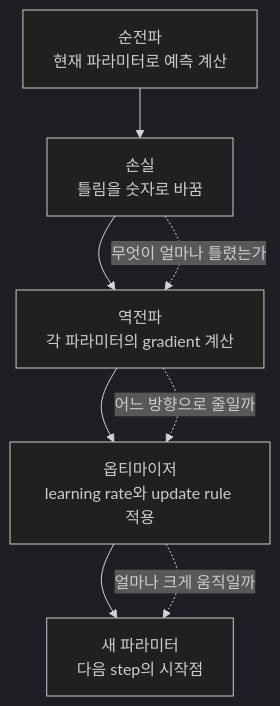
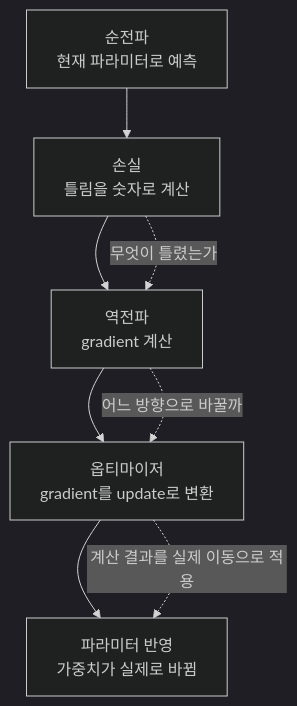
The diagram in docs/assets/part-05/chapter-07/optimizer-loop-flow-ko.mmd (devchan64/AiBook), drawn with Mermaid (dark theme) before and after one commit. The commit also changed 25 other files, not shown here.

```diff
--- a/docs/assets/part-05/chapter-07/optimizer-loop-flow-ko.mmd
+++ b/docs/assets/part-05/chapter-07/optimizer-loop-flow-ko.mmd
@@ -1,15 +1,15 @@
 flowchart TD
-  A["순전파<br/>현재 파라미터로 예측 계산"]
-  B["손실<br/>틀림을 숫자로 바꿈"]
-  C["역전파<br/>각 파라미터의 gradient 계산"]
-  D["옵티마이저<br/>learning rate와 update rule 적용"]
-  E["새 파라미터<br/>다음 step의 시작점"]
+  A["순전파<br/>현재 파라미터로 예측"]
+  B["손실<br/>틀림을 숫자로 계산"]
+  C["역전파<br/>gradient 계산"]
+  D["옵티마이저<br/>gradient를 update로 변환"]
+  E["파라미터 반영<br/>가중치가 실제로 바뀜"]
 
   A --> B
   B --> C
   C --> D
   D --> E
 
-  B -. "무엇이 얼마나 틀렸는가" .-> C
-  C -. "어느 방향으로 줄일까" .-> D
-  D -. "얼마나 크게 움직일까" .-> E
+  B -. "무엇이 틀렸는가" .-> C
+  C -. "어느 방향으로 바꿀까" .-> D
+  D -. "계산 결과를 실제 이동으로 적용" .-> E
```
